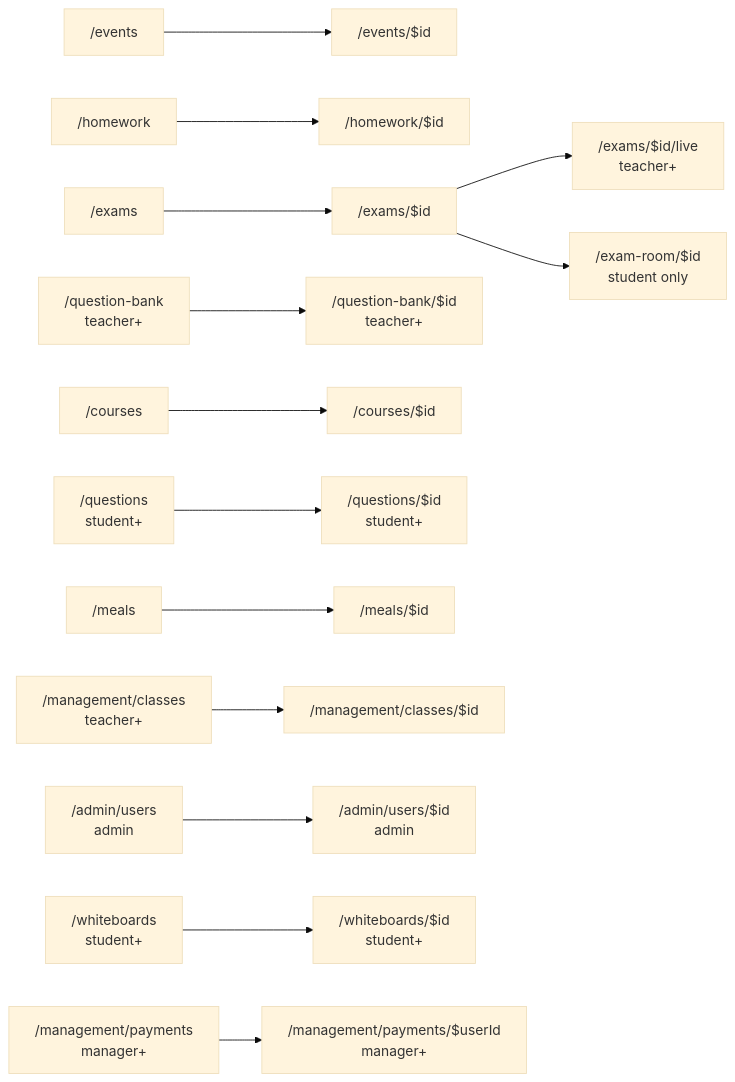
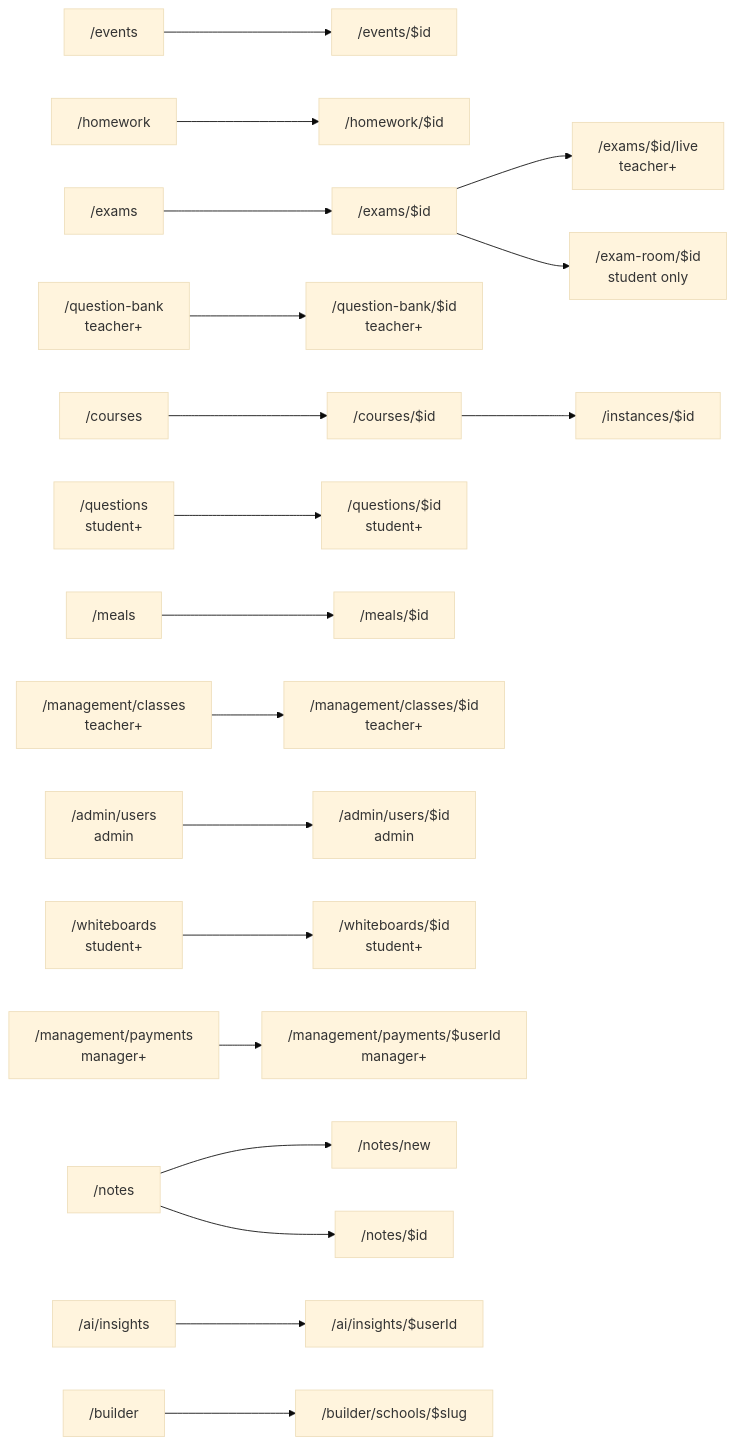
Before and after one commit to Hezarfen-Co/hezarfen_frontend: the second of 2 diagrams in docs/frontend/sitemap.md, drawn with Mermaid (base theme). The commit also changed other lines of this file and 58 other files, not shown here.

````diff
--- a/docs/frontend/sitemap.md
+++ b/docs/frontend/sitemap.md
@@ -97,16 +98,21 @@
 ```mermaid
 flowchart LR
   A["/events"] --> A1["/events/$id"]
   B["/homework"] --> B1["/homework/$id"]
   C["/exams"] --> C1["/exams/$id"]
   C1 --> C2["/exams/$id/live<br/>teacher+"]
   C1 --> C3["/exam-room/$id<br/>student only"]
   D["/question-bank<br/>teacher+"] --> D1["/question-bank/$id<br/>teacher+"]
   E["/courses"] --> E1["/courses/$id"]
+  E1 --> E2["/instances/$id"]
   F["/questions<br/>student+"] --> F1["/questions/$id<br/>student+"]
   G["/meals"] --> G1["/meals/$id"]
-  H["/management/classes<br/>teacher+"] --> H1["/management/classes/$id"]
+  H["/management/classes<br/>teacher+"] --> H1["/management/classes/$id<br/>teacher+"]
   I["/admin/users<br/>admin"] --> I1["/admin/users/$id<br/>admin"]
   J["/whiteboards<br/>student+"] --> J1["/whiteboards/$id<br/>student+"]
   K["/management/payments<br/>manager+"] --> K1["/management/payments/$userId<br/>manager+"]
+  L["/notes"] --> L1["/notes/new"]
+  L --> L2["/notes/$id"]
+  M["/ai/insights"] --> M1["/ai/insights/$userId"]
+  N["/builder"] --> N1["/builder/schools/$slug"]
 ```
````
